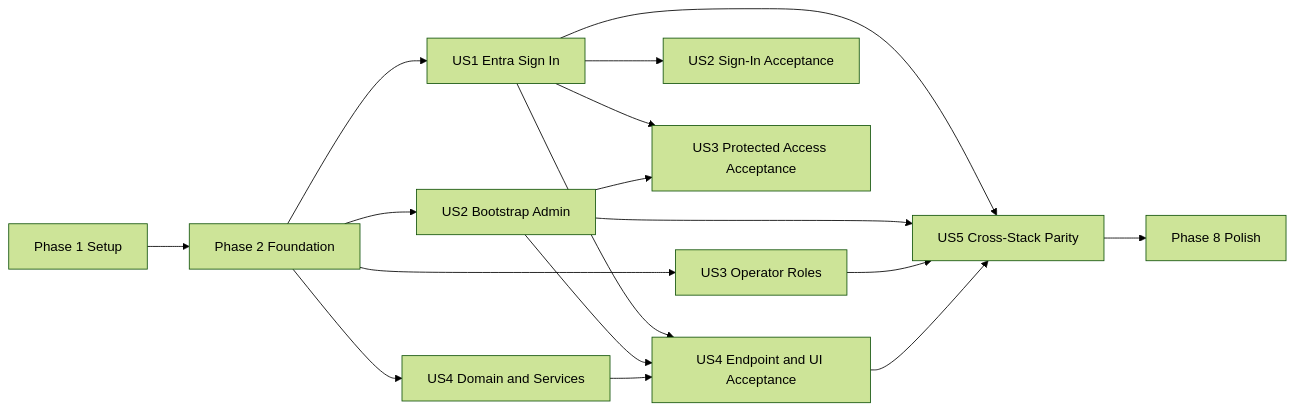
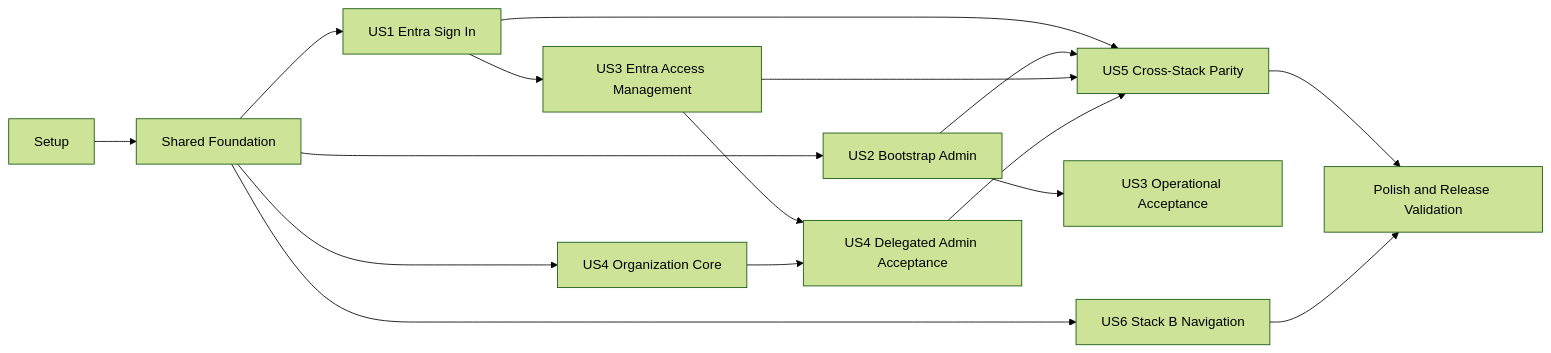
The diagram in specs/001-entra-login-authorization/tasks.md (wknums/talent-match-ui), drawn with Mermaid (forest theme) before and after one commit. The commit also changed other lines of this file and 229 other files, not shown here.

Commit message:
implement Entra authorization and organization administration

````diff
--- a/specs/001-entra-login-authorization/tasks.md
+++ b/specs/001-entra-login-authorization/tasks.md
@@ -250,19 +255,18 @@
 ```mermaid
 flowchart LR
-    Setup[Phase 1 Setup] --> Foundation[Phase 2 Foundation]
+    Setup[Setup] --> Foundation[Shared Foundation]
     Foundation --> US1[US1 Entra Sign In]
     Foundation --> US2[US2 Bootstrap Admin]
-    Foundation --> US3[US3 Operator Roles]
-    Foundation --> US4Core[US4 Domain and Services]
-    US1 --> US2Acceptance[US2 Sign-In Acceptance]
-    US1 --> US3Acceptance[US3 Protected Access Acceptance]
-    US2 --> US3Acceptance
-    US1 --> US4Acceptance[US4 Endpoint and UI Acceptance]
-    US2 --> US4Acceptance
+    Foundation --> US4Core[US4 Organization Core]
+    Foundation --> US6[US6 Stack B Navigation]
+    US1 --> US3[US3 Entra Access Management]
+    US2 --> US3Acceptance[US3 Operational Acceptance]
+    US3 --> US4Acceptance[US4 Delegated Admin Acceptance]
     US4Core --> US4Acceptance
     US1 --> US5[US5 Cross-Stack Parity]
     US2 --> US5
     US3 --> US5
     US4Acceptance --> US5
-    US5 --> Polish[Phase 8 Polish]
+    US5 --> Polish[Polish and Release Validation]
+    US6 --> Polish
 ```
````
